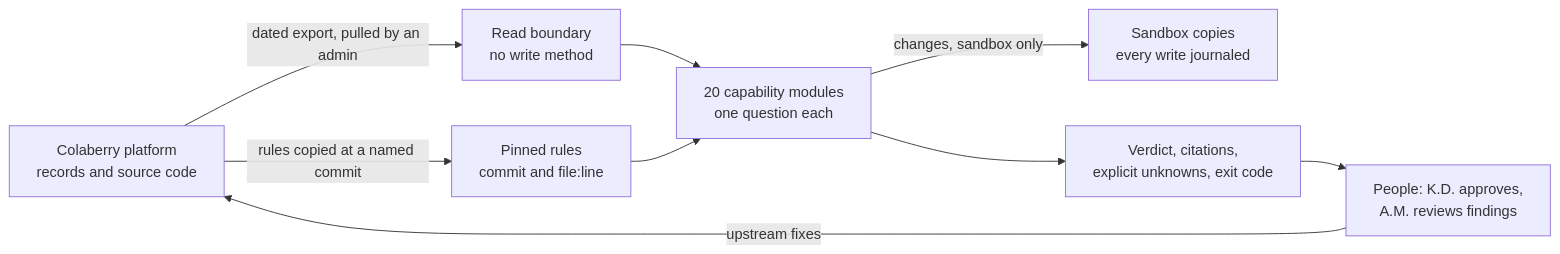
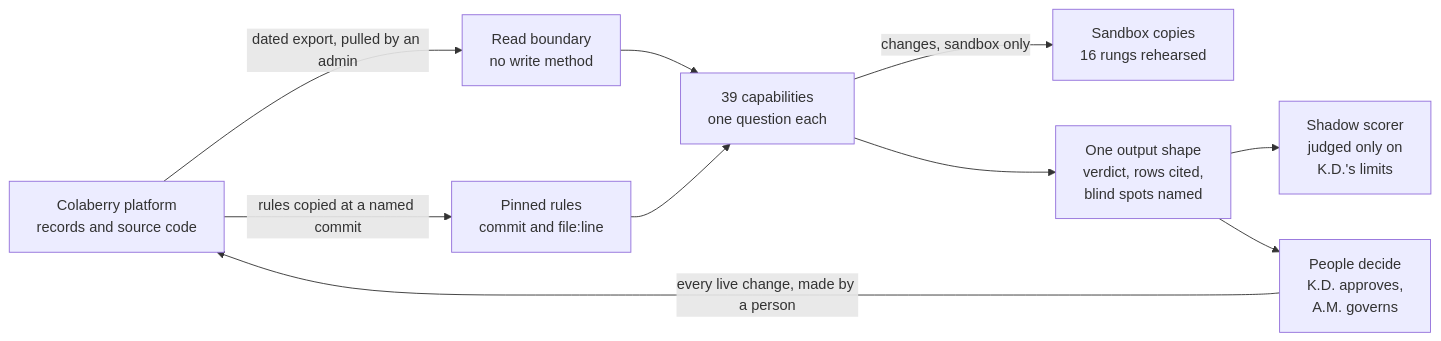
Before and after one commit to qninying/platform-reliability-agent: the diagram in docs/architecture/overview.mmd, drawn with Mermaid. The commit also changed 4 other files, not shown here.

First line of the commit message:
No claude.ai references; architecture diagram and page brought up to date

```diff
--- a/docs/architecture/overview.mmd
+++ b/docs/architecture/overview.mmd
@@ -1,16 +1,18 @@
 flowchart LR
   PLATFORM["Colaberry platform<br/>records and source code"]
   READ["Read boundary<br/>no write method"]
   PINNED["Pinned rules<br/>commit and file:line"]
-  MODULES["20 capability modules<br/>one question each"]
-  SANDBOX["Sandbox copies<br/>every write journaled"]
-  REPORT["Verdict, citations,<br/>explicit unknowns, exit code"]
-  PEOPLE["People: K.D. approves,<br/>A.M. reviews findings"]
+  CAPS["39 capabilities<br/>one question each"]
+  SANDBOX["Sandbox copies<br/>16 rungs rehearsed"]
+  OUT["One output shape<br/>verdict, rows cited,<br/>blind spots named"]
+  SHADOW["Shadow scorer<br/>judged only on<br/>K.D.'s limits"]
+  PEOPLE["People decide<br/>K.D. approves,<br/>A.M. governs"]
   PLATFORM -->|dated export, pulled by an admin| READ
   PLATFORM -->|rules copied at a named commit| PINNED
-  READ --> MODULES
-  PINNED --> MODULES
-  MODULES -->|changes, sandbox only| SANDBOX
-  MODULES --> REPORT
-  REPORT --> PEOPLE
-  PEOPLE -->|upstream fixes| PLATFORM
+  READ --> CAPS
+  PINNED --> CAPS
+  CAPS -->|changes, sandbox only| SANDBOX
+  CAPS --> OUT
+  OUT --> SHADOW
+  OUT --> PEOPLE
+  PEOPLE -->|every live change, made by a person| PLATFORM
```
